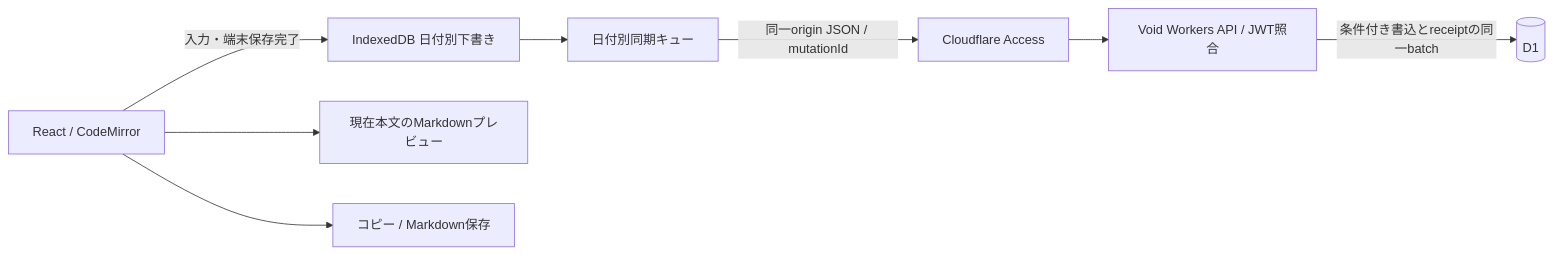
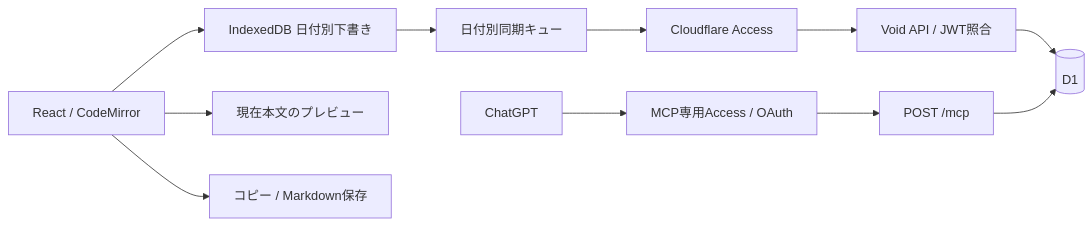
One commit to TkymHrt/kiroku changed the diagram in docs/architecture.md. Above: the diagram before and after it, drawn with Mermaid. The commit also changed other lines of this file and 18 other files, not shown here.

````diff
--- a/docs/architecture.md
+++ b/docs/architecture.md
@@ -7,10 +7,13 @@
 ```mermaid
 flowchart LR
-  Editor[React / CodeMirror] -->|入力・端末保存完了| Draft[IndexedDB 日付別下書き]
+  Editor[React / CodeMirror] --> Draft[IndexedDB 日付別下書き]
   Draft --> Queue[日付別同期キュー]
-  Queue -->|同一origin JSON / mutationId| Access[Cloudflare Access]
-  Access --> Worker[Void Workers API / JWT照合]
-  Worker -->|条件付き書込とreceiptの同一batch| D1[(D1)]
-  Editor --> Preview[現在本文のMarkdownプレビュー]
+  Queue --> Access[Cloudflare Access]
+  Access --> Worker[Void API / JWT照合]
+  Worker --> D1[(D1)]
+  Editor --> Preview[現在本文のプレビュー]
   Editor --> Escape[コピー / Markdown保存]
+  Chat[ChatGPT] --> OAuth[MCP専用Access / OAuth]
+  OAuth --> MCP[POST /mcp]
+  MCP --> D1
 ```
````
